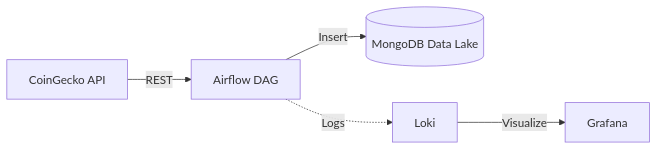
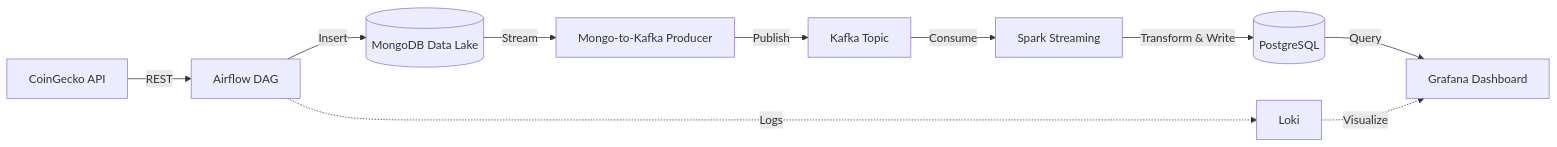
Before and after one commit to KerrianS/BigDataModelisation: the diagram in README.md, drawn with Mermaid. The commit also changed other lines of this file, not shown here.

Commit message:
docs: expand architecture diagram and component descriptions to detail the full data pipeline including Kafka, Spark, and PostgreSQL.

````diff
--- a/README.md
+++ b/README.md
@@ -13,7 +13,12 @@
 ```mermaid
 graph LR
     API[CoinGecko API] -->|REST| A[Airflow DAG]
-    A -->|Insert| DB[(MongoDB Data Lake)]
+    A -->|Insert| MONGO[(MongoDB Data Lake)]
+    MONGO -->|Stream| P[Mongo-to-Kafka Producer]
+    P -->|Publish| K[Kafka Topic]
+    K -->|Consume| S[Spark Streaming]
+    S -->|Transform & Write| PG[(PostgreSQL)]
+    PG -->|Query| G[Grafana Dashboard]
     A -.->|Logs| L[Loki]
-    L -->|Visualize| G[Grafana]
+    L -.->|Visualize| G
 ```
````
